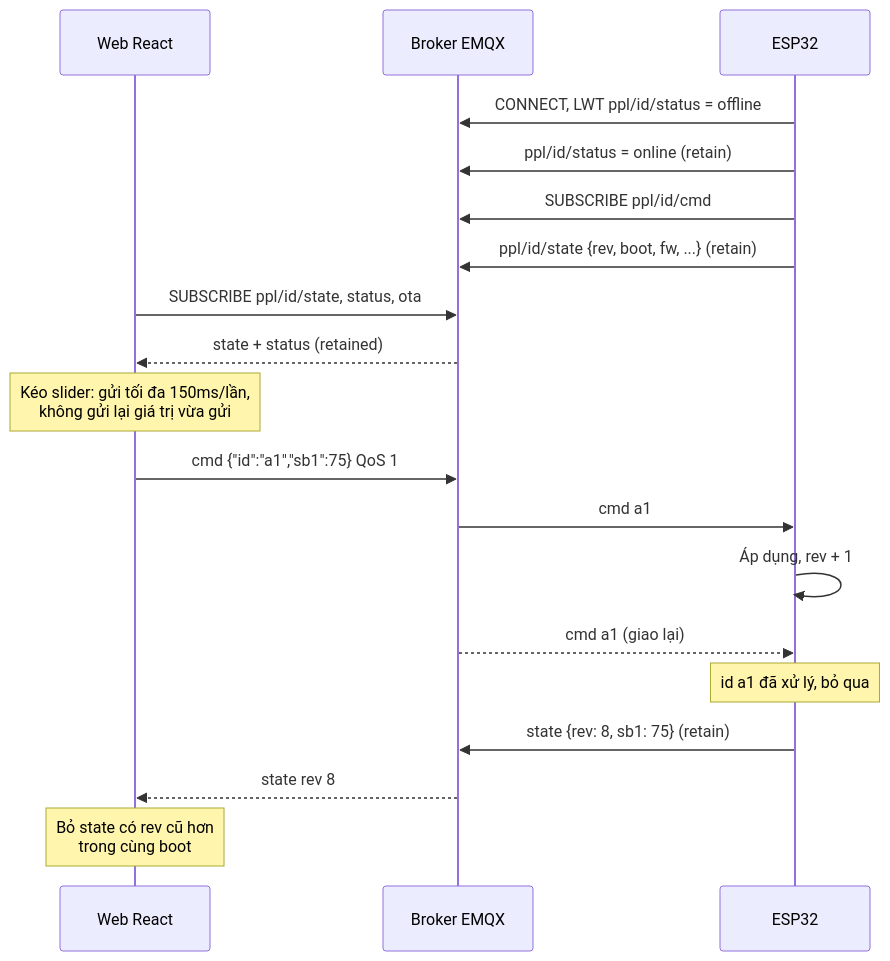
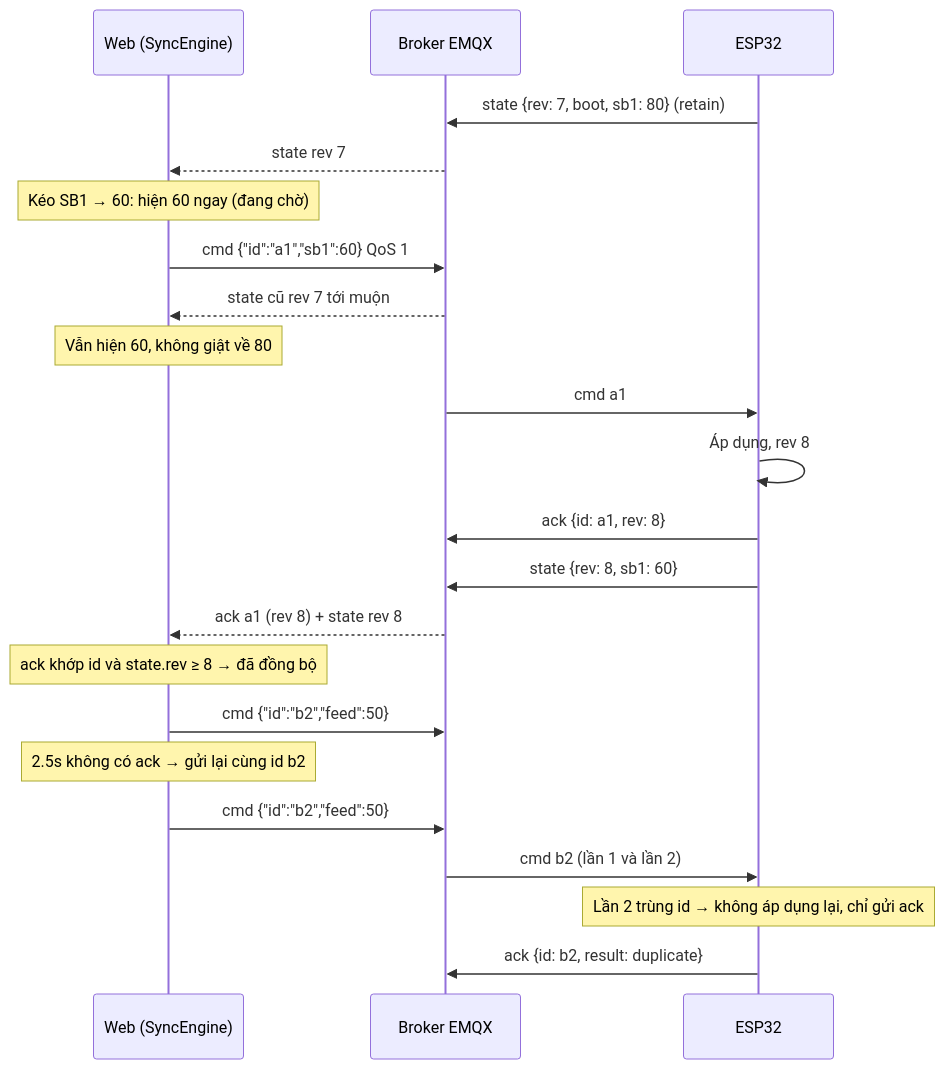
Before and after one commit to CoderFake/PingPongLauncher: the fourth of 5 diagrams in docs/diagrams.md, drawn with Mermaid. The commit also changed 22 other files, not shown here.

First line of the commit message:
Ack-based two-way sync so controls never snap back

````diff
--- a/docs/diagrams.md
+++ b/docs/diagrams.md
@@ -98,21 +98,24 @@
 ```mermaid
 sequenceDiagram
-  participant W as Web React
+  participant W as Web (SyncEngine)
   participant B as Broker EMQX
   participant E as ESP32
-  E->>B: CONNECT, LWT ppl/id/status = offline
-  E->>B: ppl/id/status = online (retain)
-  E->>B: SUBSCRIBE ppl/id/cmd
-  E->>B: ppl/id/state {rev, boot, fw, ...} (retain)
-  W->>B: SUBSCRIBE ppl/id/state, status, ota
-  B-->>W: state + status (retained)
-  Note over W: Kéo slider: gửi tối đa 150ms/lần,<br/>không gửi lại giá trị vừa gửi
-  W->>B: cmd {"id":"a1","sb1":75} QoS 1
+  E->>B: state {rev: 7, boot, sb1: 80} (retain)
+  B-->>W: state rev 7
+  Note over W: Kéo SB1 → 60: hiện 60 ngay (đang chờ)
+  W->>B: cmd {"id":"a1","sb1":60} QoS 1
+  B-->>W: state cũ rev 7 tới muộn
+  Note over W: Vẫn hiện 60, không giật về 80
   B->>E: cmd a1
-  E->>E: Áp dụng, rev + 1
-  B-->>E: cmd a1 (giao lại)
-  Note over E: id a1 đã xử lý, bỏ qua
-  E->>B: state {rev: 8, sb1: 75} (retain)
-  B-->>W: state rev 8
-  Note over W: Bỏ state có rev cũ hơn<br/>trong cùng boot
+  E->>E: Áp dụng, rev 8
+  E->>B: ack {id: a1, rev: 8}
+  E->>B: state {rev: 8, sb1: 60}
+  B-->>W: ack a1 (rev 8) + state rev 8
+  Note over W: ack khớp id và state.rev ≥ 8 → đã đồng bộ
+  W->>B: cmd {"id":"b2","feed":50}
+  Note over W: 2.5s không có ack → gửi lại cùng id b2
+  W->>B: cmd {"id":"b2","feed":50}
+  B->>E: cmd b2 (lần 1 và lần 2)
+  Note over E: Lần 2 trùng id → không áp dụng lại, chỉ gửi ack
+  E->>B: ack {id: b2, result: duplicate}
 ```
````
